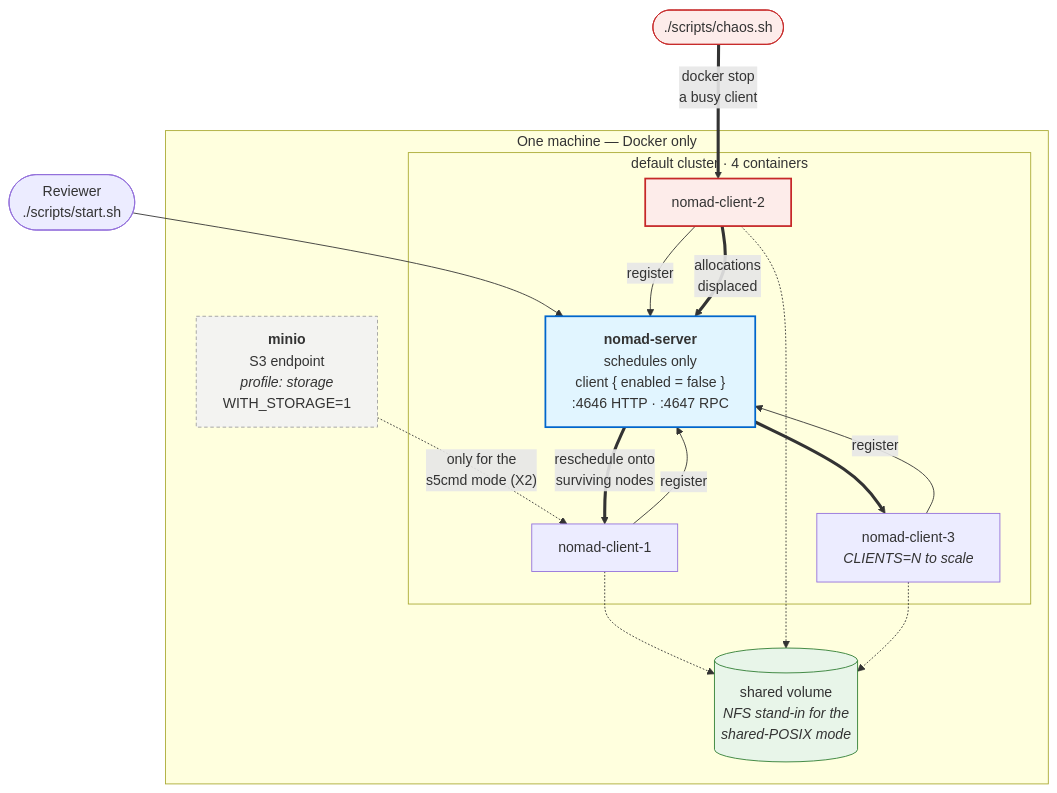
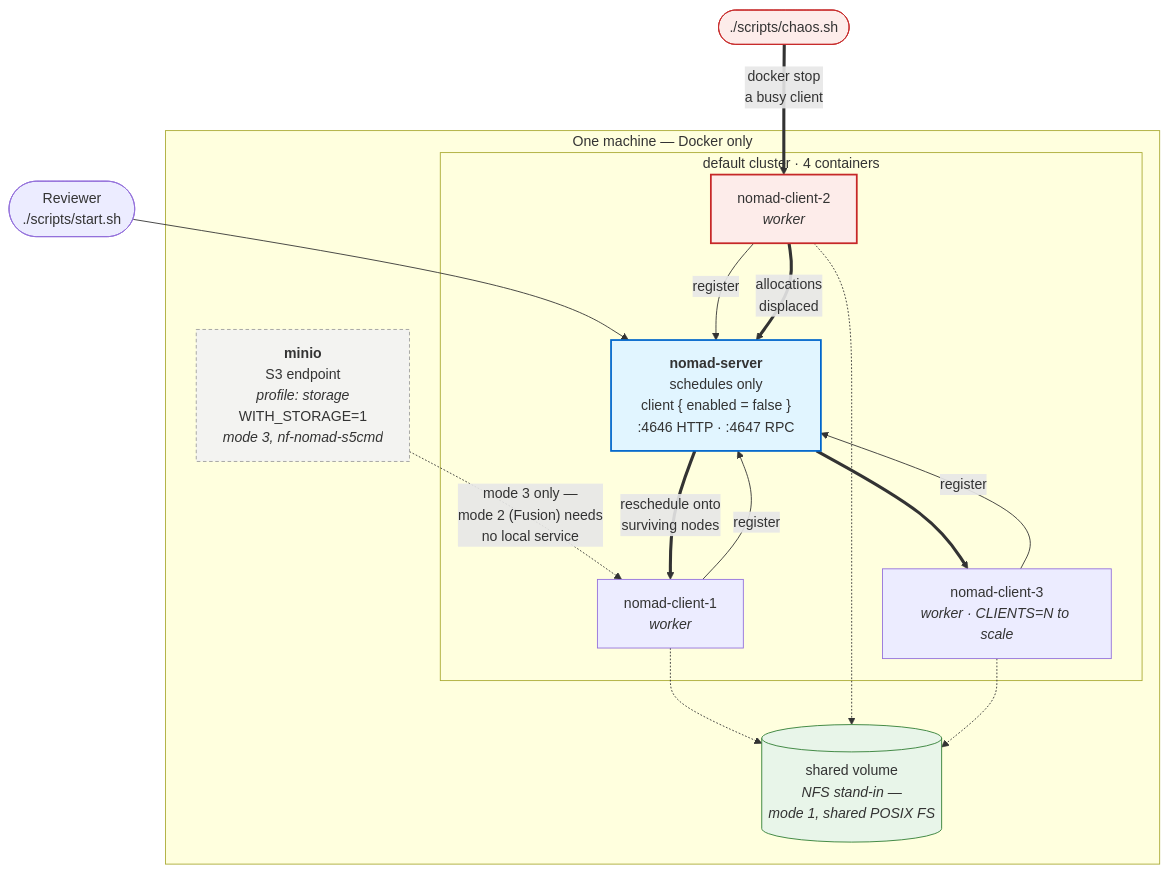
The first of 5 diagrams in templates/ARCHITECTURE.md (abhi18av-phd-projects/nf-nomad-manuscript-assets), drawn with Mermaid before and after one commit. The commit also changed other lines of this file and 1 other file, not shown here.

Commit message:
figures: conceptual-figures design brief; align template diagrams with manuscript Figure 1

````diff
--- a/templates/ARCHITECTURE.md
+++ b/templates/ARCHITECTURE.md
@@ -16,36 +16,36 @@
 ```mermaid
 graph TB
     Op(["Reviewer<br/>./scripts/start.sh"])
 
     subgraph Host["One machine — Docker only"]
         subgraph Core["default cluster · 4 containers"]
             S["<b>nomad-server</b><br/>schedules only<br/>client { enabled = false }<br/>:4646 HTTP · :4647 RPC"]
-            C1["nomad-client-1"]
-            C2["nomad-client-2"]
-            C3["nomad-client-3<br/><i>CLIENTS=N to scale</i>"]
+            C1["nomad-client-1<br/><i>worker</i>"]
+            C2["nomad-client-2<br/><i>worker</i>"]
+            C3["nomad-client-3<br/><i>worker · CLIENTS=N to scale</i>"]
         end
-        SV[("shared volume<br/><i>NFS stand-in for the<br/>shared-POSIX mode</i>")]
-        M["<b>minio</b><br/>S3 endpoint<br/><i>profile: storage</i><br/>WITH_STORAGE=1"]
+        SV[("shared volume<br/><i>NFS stand-in —<br/>mode 1, shared POSIX FS</i>")]
+        M["<b>minio</b><br/>S3 endpoint<br/><i>profile: storage</i><br/>WITH_STORAGE=1<br/><i>mode 3, nf-nomad-s5cmd</i>"]
     end
 
     Op --> S
     C1 -->|register| S
     C2 -->|register| S
     C3 -->|register| S
     C1 -.-> SV
     C2 -.-> SV
     C3 -.-> SV
-    M -.->|"only for the<br/>s5cmd mode (X2)"| C1
+    M -.->|"mode 3 only —<br/>mode 2 (Fusion) needs<br/>no local service"| C1
 
     Chaos(["./scripts/chaos.sh"])
     Chaos ==>|"docker stop<br/>a busy client"| C2
     C2 ==>|"allocations<br/>displaced"| S
     S ==>|"reschedule onto<br/>surviving nodes"| C1
     S ==> C3
 
     style S fill:#e1f5ff,stroke:#0066cc,stroke-width:2px
     style C2 fill:#fdecea,stroke:#c62828,stroke-width:2px
     style M fill:#f3f3f1,stroke:#9e9e9e,stroke-dasharray: 4 3
     style SV fill:#e8f5e9,stroke:#2e7d32
     style Chaos fill:#fdecea,stroke:#c62828
 ```
````
